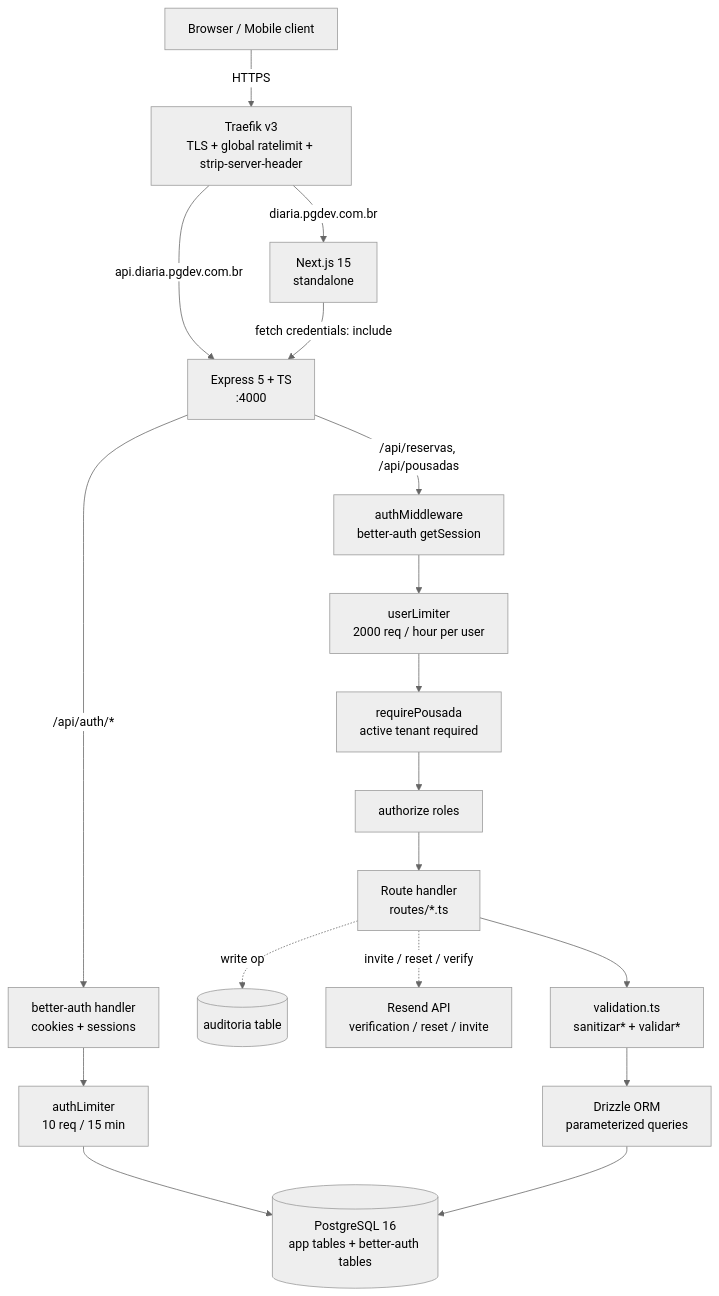
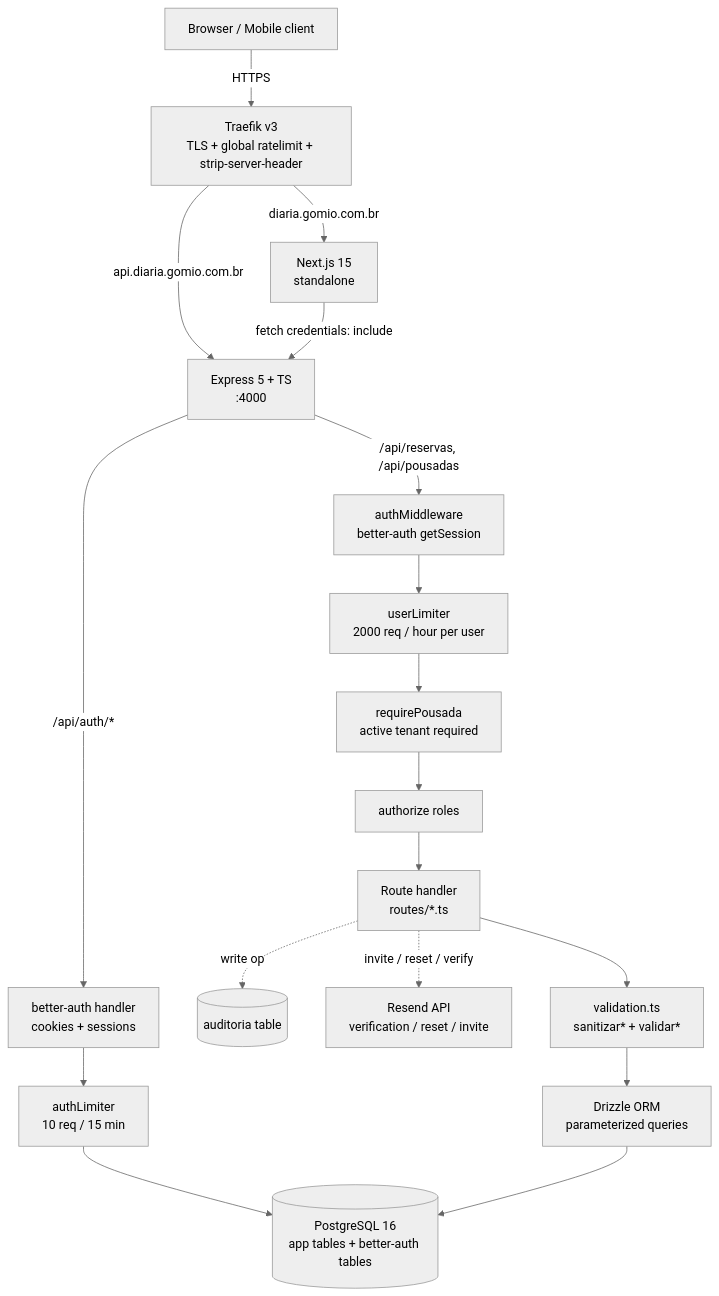
Before and after one commit to DevPedroGomes/Reservas_Pousada: the first of 3 diagrams in README.md, drawn with Mermaid (neutral theme). The commit also changed other lines of this file and 12 other files, not shown here.

First line of the commit message:
Muda o dominio do produto para diaria.gomio.com.br

````diff
--- a/README.md
+++ b/README.md
@@ -47,38 +47,38 @@
 ```mermaid
 flowchart TD
     Client[Browser / Mobile client]
     Traefik[Traefik v3<br/>TLS + global ratelimit + strip-server-header]
     Frontend[Next.js 15<br/>standalone]
     Backend[Express 5 + TS<br/>:4000]
     AuthMW[authMiddleware<br/>better-auth getSession]
     AuthLimit[authLimiter<br/>10 req / 15 min]
     UserLimit[userLimiter<br/>2000 req / hour per user]
     ReqPousada[requirePousada<br/>active tenant required]
     Authorize[authorize roles]
     Routes[Route handler<br/>routes/*.ts]
     Sanitize[validation.ts<br/>sanitizar* + validar*]
     Drizzle[Drizzle ORM<br/>parameterized queries]
     PG[(PostgreSQL 16<br/>app tables + better-auth tables)]
     Audit[(auditoria table)]
     Resend[Resend API<br/>verification / reset / invite]
 
     Client -->|HTTPS| Traefik
-    Traefik -->|diaria.pgdev.com.br| Frontend
-    Traefik -->|api.diaria.pgdev.com.br| Backend
+    Traefik -->|diaria.gomio.com.br| Frontend
+    Traefik -->|api.diaria.gomio.com.br| Backend
     Frontend -->|fetch credentials: include| Backend
 
     Backend -->|/api/auth/*| BetterAuth[better-auth handler<br/>cookies + sessions]
     BetterAuth --> AuthLimit
     AuthLimit --> PG
 
     Backend -->|/api/reservas, /api/pousadas| AuthMW
     AuthMW --> UserLimit
     UserLimit --> ReqPousada
     ReqPousada --> Authorize
     Authorize --> Routes
     Routes --> Sanitize
     Sanitize --> Drizzle
     Drizzle --> PG
     Routes -.write op.-> Audit
     Routes -.invite / reset / verify.-> Resend
 ```
````
